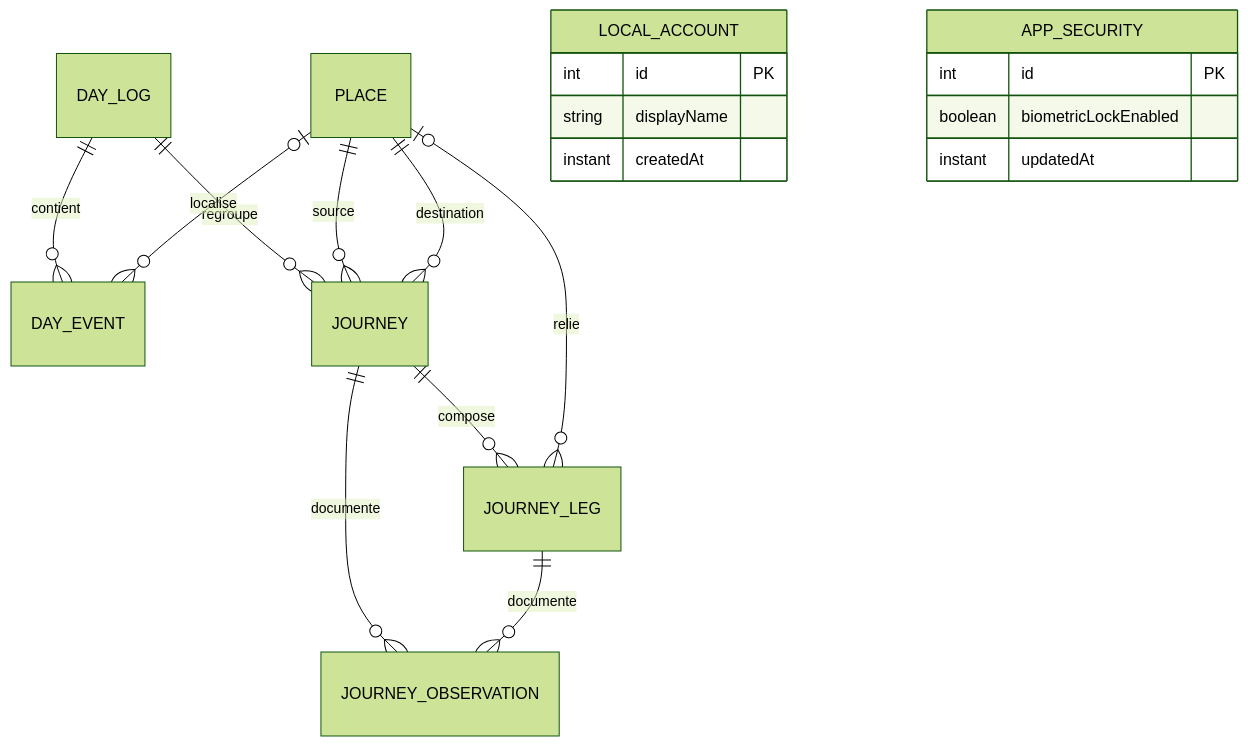
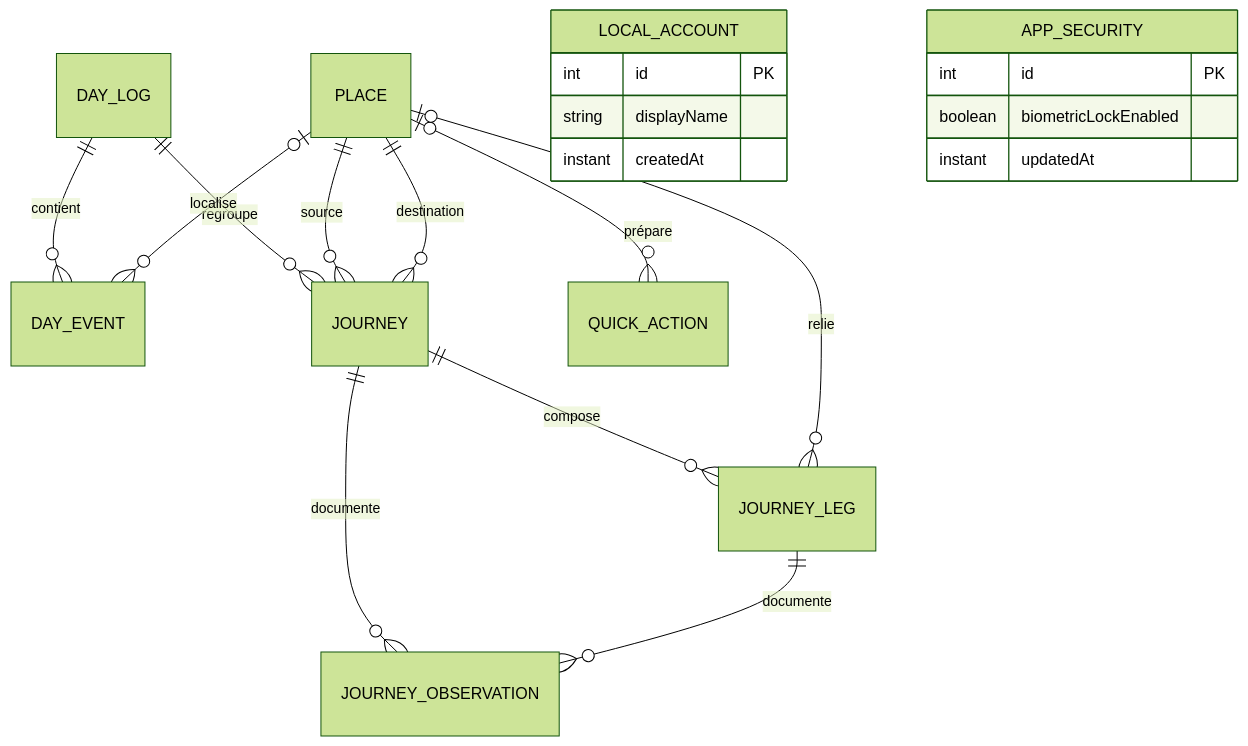
The diagram in README.md (MasirikaConstantin/itineraire), drawn with Mermaid (forest theme) before and after one commit. The commit also changed other lines of this file, not shown here.

````diff
--- a/README.md
+++ b/README.md
@@ -52,22 +53,23 @@
 ```mermaid
 erDiagram
     DAY_LOG ||--o{ DAY_EVENT : contient
     DAY_LOG ||--o{ JOURNEY : regroupe
     PLACE o|--o{ DAY_EVENT : localise
+    PLACE o|--o{ QUICK_ACTION : prépare
     PLACE ||--o{ JOURNEY : source
     PLACE ||--o{ JOURNEY : destination
     JOURNEY ||--o{ JOURNEY_LEG : compose
     JOURNEY ||--o{ JOURNEY_OBSERVATION : documente
     JOURNEY_LEG ||--o{ JOURNEY_OBSERVATION : documente
     PLACE o|--o{ JOURNEY_LEG : relie
     LOCAL_ACCOUNT {
         int id PK
         string displayName
         instant createdAt
     }
     APP_SECURITY {
         int id PK
         boolean biometricLockEnabled
         instant updatedAt
     }
 ```
````
